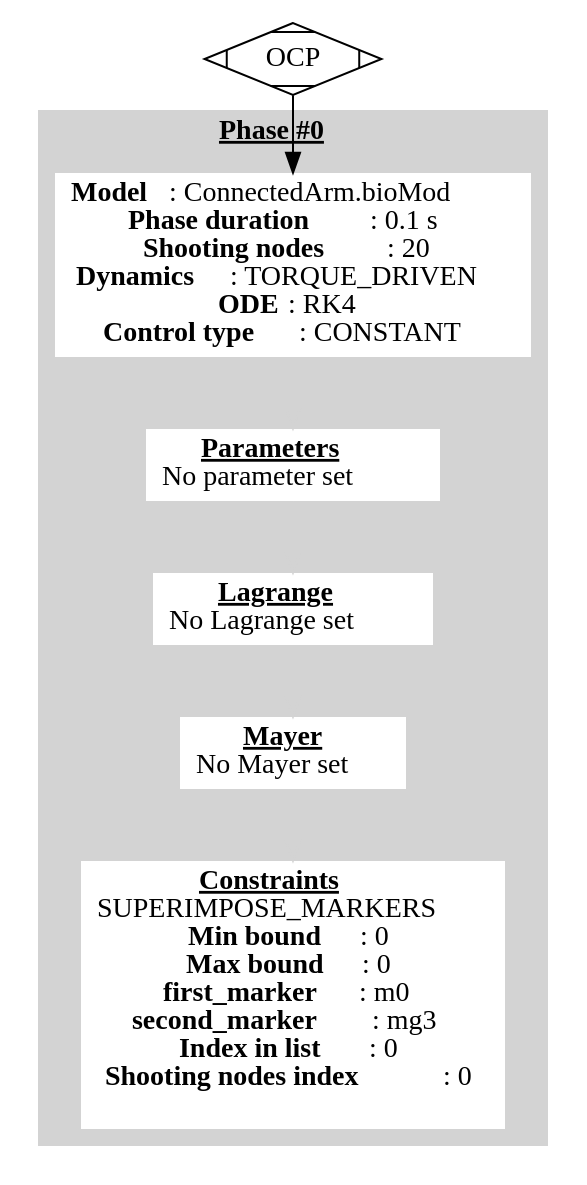
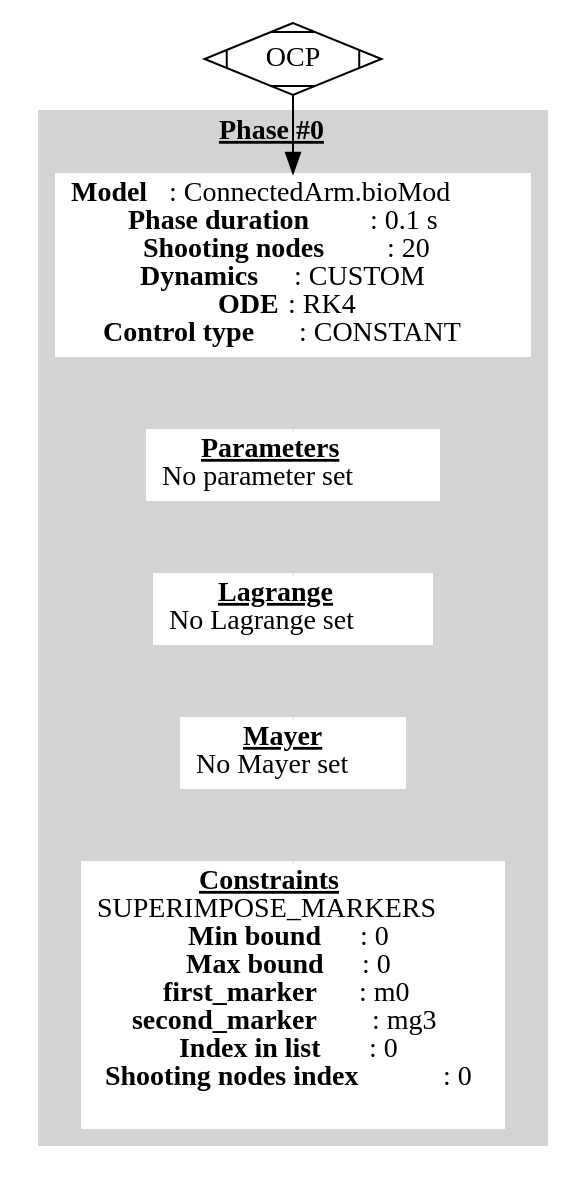
Before and after one commit to Ipuch/My_bioptim_examples: the diagram in Closed_Loop/ocp_graph.gv, drawn with Graphviz. The commit also changed 122 other files, not shown here.

```diff
--- a/Closed_Loop/ocp_graph.gv
+++ b/Closed_Loop/ocp_graph.gv
@@ -1,24 +1,24 @@
 digraph ocp_graph {
 	node [shape=plaintext]
 	OCP [shape=Mdiamond]
 	subgraph cluster_0 {
 		node [color=white style=filled]
 		color=lightgrey style=filled
 		label=<<u><b>Phase #0</b></u>>
-		nlp_node_0 [label=<<b>Model</b>: ConnectedArm.bioMod<br/><b>Phase duration</b>: 0.1 s<br/><b>Shooting nodes</b>: 20<br/><b>Dynamics</b>: TORQUE_DRIVEN<br/><b>ODE</b>: RK4<br/><b>Control type</b>: CONSTANT>]
+		nlp_node_0 [label=<<b>Model</b>: ConnectedArm.bioMod<br/><b>Phase duration</b>: 0.1 s<br/><b>Shooting nodes</b>: 20<br/><b>Dynamics</b>: CUSTOM<br/><b>ODE</b>: RK4<br/><b>Control type</b>: CONSTANT>]
 		param_00 [label=<<u><b>Parameters</b></u><br/> No parameter set>]
 		lagrange_0 [label=<<u><b>Lagrange</b></u><br/> No Lagrange set>]
 		mayer_node_0 [label=<<u><b>Mayer</b></u><br/>No Mayer set>]
 		constraints_node_0 [label=<<u><b>Constraints</b></u><br/>SUPERIMPOSE_MARKERS<br/><b>Min bound</b>: 0<br/><b>Max bound</b>: 0<br/><b>first_marker</b>: m0<br/><b>second_marker</b>: mg3<br/><b>Index in list</b>: 0<br/><b>Shooting nodes index</b>: 0<br/><br/>>]
 	}
 	OCP -> nlp_node_0
 	nlp_node_0 -> param_00 [color=lightgrey]
 	param_00 -> lagrange_0 [color=lightgrey]
 	lagrange_0 -> mayer_node_0 [color=lightgrey]
 	mayer_node_0 -> constraints_node_0 [color=lightgrey]
 	subgraph cluster_phase_transitions {
 		node [color=grey style=filled]
 		color=invis style=""
 		label=<<u><b>Phase transitions</b></u>>
 	}
 }
```
